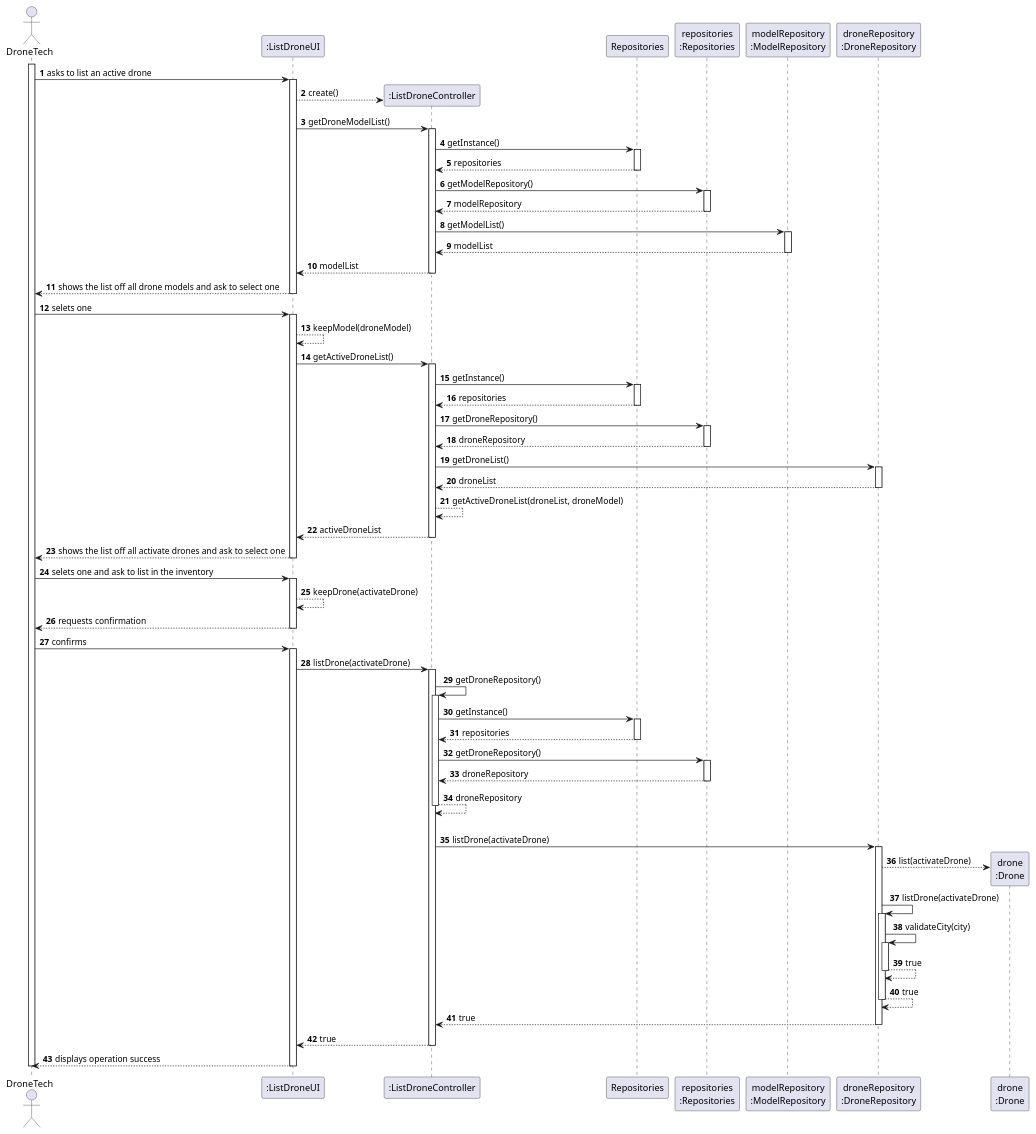
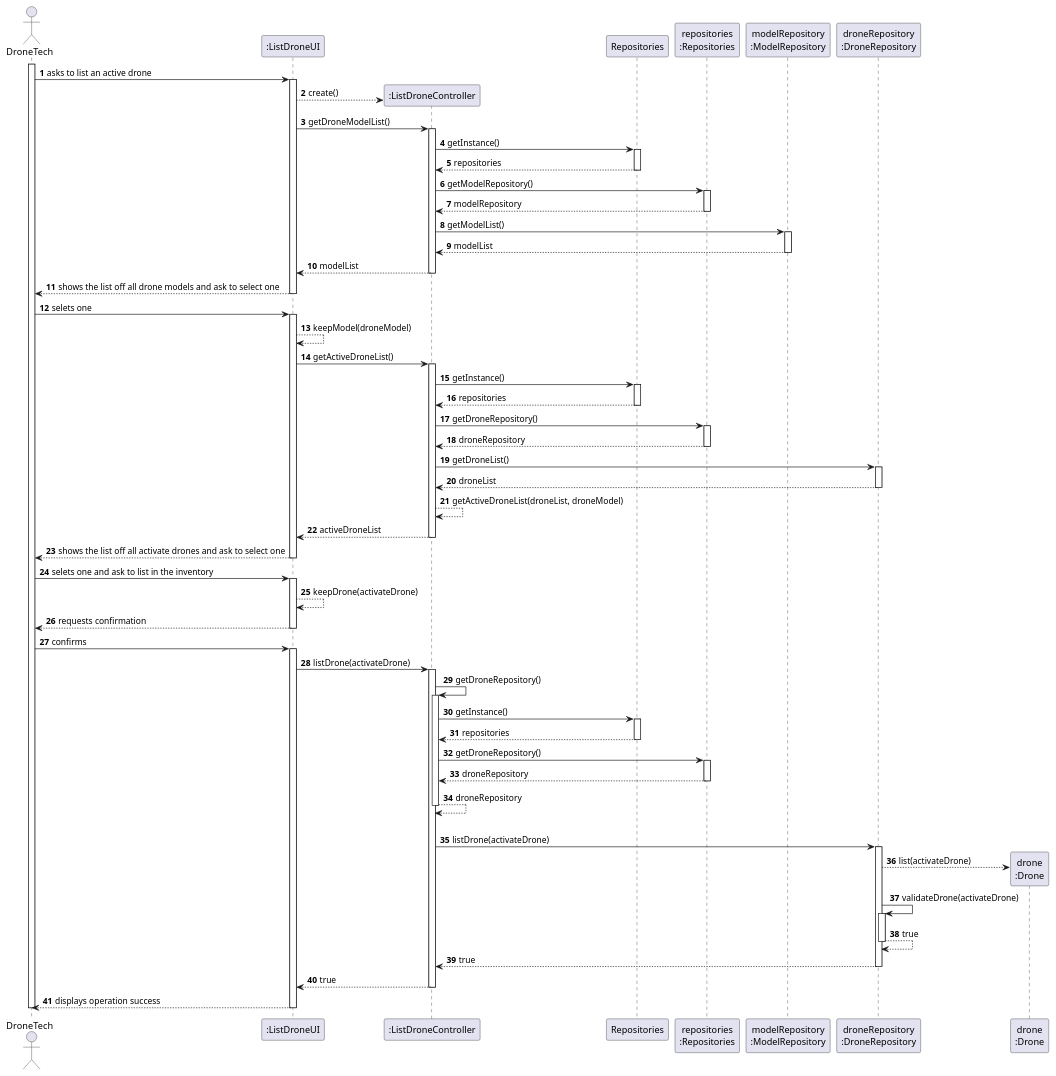
Before and after one commit to diogoveirospro/sem4pi-2024-2025-sem4pi_2024_2025_g44: the diagram in docs/SPRINT_2/US243/puml/sequence_diagram_us243.puml, drawn with PlantUML. The commit also changed 3 other files, not shown here.

Commit message:
update sequence diagram on us241 and us243

```diff
--- a/docs/SPRINT_2/US243/puml/sequence_diagram_us243.puml
+++ b/docs/SPRINT_2/US243/puml/sequence_diagram_us243.puml
@@ -1,125 +1,119 @@
 @startuml
 'skinparam monochrome true
 skinparam packageStyle rectangle
 skinparam shadowing false
 
 autonumber
 
 'hide footbox
 actor "DroneTech" as EDT
 participant ":ListDroneUI" as UI
 participant ":ListDroneController" as CTRL
 participant "Repositories" as REPOS
 participant "repositories\n:Repositories" as REPOS_SINGLETON
 participant "modelRepository\n:ModelRepository" as MOD_REPO
 participant "droneRepository\n:DroneRepository" as DRN_REPO
 participant "drone\n:Drone" as DRONE
 
 activate EDT
 
         EDT -> UI : asks to list an active drone
         activate UI
             UI --> CTRL** : create()
 
             UI -> CTRL : getDroneModelList()
                         activate CTRL
                             CTRL -> REPOS : getInstance()
                             activate REPOS
                                 REPOS --> CTRL: repositories
                             deactivate REPOS
 
                             CTRL -> REPOS_SINGLETON : getModelRepository()
                             activate REPOS_SINGLETON
                                 REPOS_SINGLETON --> CTRL: modelRepository
                             deactivate REPOS_SINGLETON
 
                             CTRL -> MOD_REPO : getModelList()
                             activate MOD_REPO
                                 MOD_REPO --> CTRL : modelList
                             deactivate MOD_REPO
                             CTRL --> UI : modelList
                         deactivate CTRL
                    UI --> EDT : shows the list off all drone models and ask to select one
                            deactivate UI
                      EDT -> UI : selets one
                         activate UI
             UI --> UI : keepModel(droneModel)
             UI -> CTRL : getActiveDroneList()
             activate CTRL
                 CTRL -> REPOS : getInstance()
                 activate REPOS
                     REPOS --> CTRL: repositories
                 deactivate REPOS
 
                 CTRL -> REPOS_SINGLETON : getDroneRepository()
                 activate REPOS_SINGLETON
                     REPOS_SINGLETON --> CTRL: droneRepository
                 deactivate REPOS_SINGLETON
 
                 CTRL -> DRN_REPO : getDroneList()
                 activate DRN_REPO
                     DRN_REPO --> CTRL : droneList
                 deactivate DRN_REPO
                 CTRL --> CTRL : getActiveDroneList(droneList, droneModel)
                 CTRL --> UI : activeDroneList
             deactivate CTRL
 
             UI --> EDT : shows the list off all activate drones and ask to select one
         deactivate UI
 
 
 
     EDT -> UI : selets one and ask to list in the inventory
     activate UI
     UI --> UI : keepDrone(activateDrone)
     UI --> EDT : requests confirmation
     deactivate UI
     EDT -> UI : confirms
     activate UI
         UI -> CTRL : listDrone(activateDrone)
         activate CTRL
              CTRL -> CTRL: getDroneRepository()
                                     activate CTRL
 
                                         CTRL -> REPOS: getInstance()
                                         activate REPOS
 
                                                REPOS --> CTRL: repositories
 
                                         deactivate REPOS
 
                                         CTRL -> REPOS_SINGLETON: getDroneRepository()
                                         activate REPOS_SINGLETON
 
                                                REPOS_SINGLETON --> CTRL: droneRepository
                                         deactivate REPOS_SINGLETON
                                     CTRL --> CTRL: droneRepository
 
                                     |||
                                                                         deactivate CTRL
 
                                     CTRL -> DRN_REPO : listDrone(activateDrone)
             activate DRN_REPO
                 DRN_REPO --> DRONE **: list(activateDrone)
-
-                DRN_REPO -> DRN_REPO: listDrone(activateDrone)
-                activate DRN_REPO
-                    DRN_REPO -> DRN_REPO: validateCity(city)
+                    DRN_REPO -> DRN_REPO: validateDrone(activateDrone)
                     activate DRN_REPO
                         DRN_REPO --> DRN_REPO : true
                     deactivate DRN_REPO
-
-                    DRN_REPO --> DRN_REPO : true
-                deactivate DRN_REPO
 
                 DRN_REPO --> CTRL : true
             deactivate DRN_REPO
 
             CTRL --> UI: true
             deactivate CTRL
             UI --> EDT: displays operation success
     deactivate UI
 
 deactivate EDT
 
 @enduml
```
